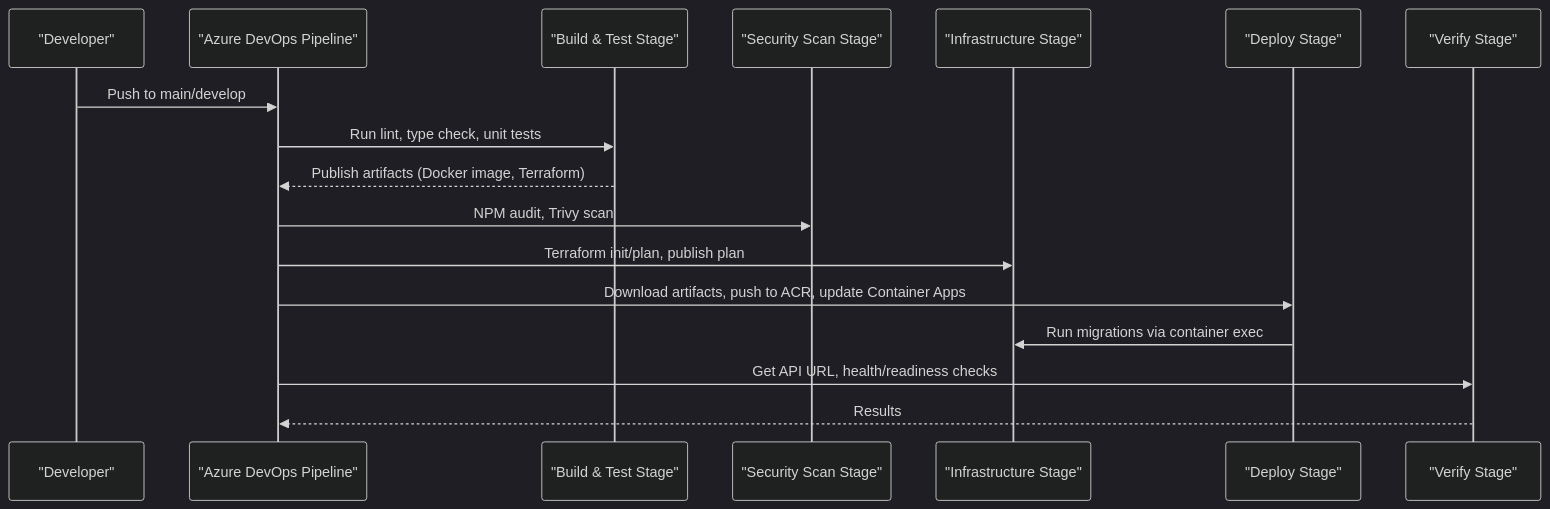
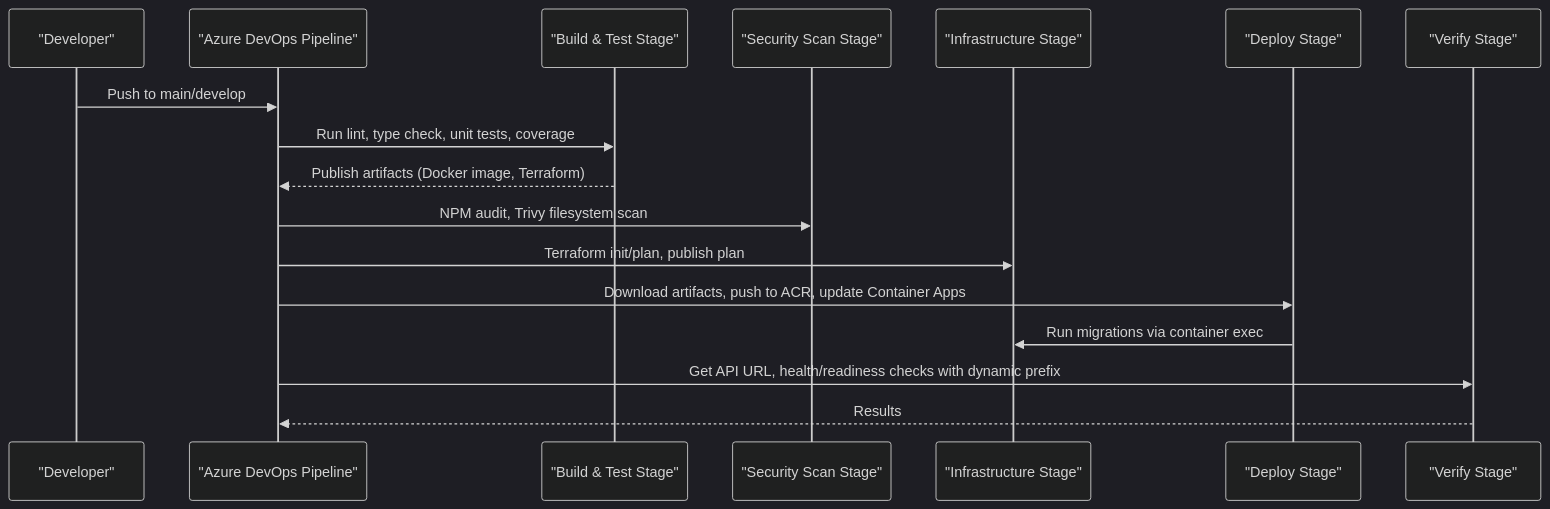
The second of 10 diagrams in .qoder/repowiki/en/content/Deployment and Infrastructure/CI_CD Pipeline.md (Avi-Bendetsky/Quiz-to-build), drawn with Mermaid (dark theme) before and after one commit. The commit also changed other lines of this file and 41 other files, not shown here.

````diff
--- a/.qoder/repowiki/en/content/Deployment and Infrastructure/CI_CD Pipeline.md
+++ b/.qoder/repowiki/en/content/Deployment and Infrastructure/CI_CD Pipeline.md
@@ -103,19 +117,19 @@
 ```mermaid
 sequenceDiagram
 participant Dev as "Developer"
 participant ADO as "Azure DevOps Pipeline"
 participant Build as "Build & Test Stage"
 participant Sec as "Security Scan Stage"
 participant Infra as "Infrastructure Stage"
 participant Deploy as "Deploy Stage"
 participant Verify as "Verify Stage"
 Dev->>ADO : Push to main/develop
-ADO->>Build : Run lint, type check, unit tests
+ADO->>Build : Run lint, type check, unit tests, coverage
 Build-->>ADO : Publish artifacts (Docker image, Terraform)
-ADO->>Sec : NPM audit, Trivy scan
+ADO->>Sec : NPM audit, Trivy filesystem scan
 ADO->>Infra : Terraform init/plan, publish plan
 ADO->>Deploy : Download artifacts, push to ACR, update Container Apps
 Deploy->>Infra : Run migrations via container exec
-ADO->>Verify : Get API URL, health/readiness checks
+ADO->>Verify : Get API URL, health/readiness checks with dynamic prefix
 Verify-->>ADO : Results
 ```
````
